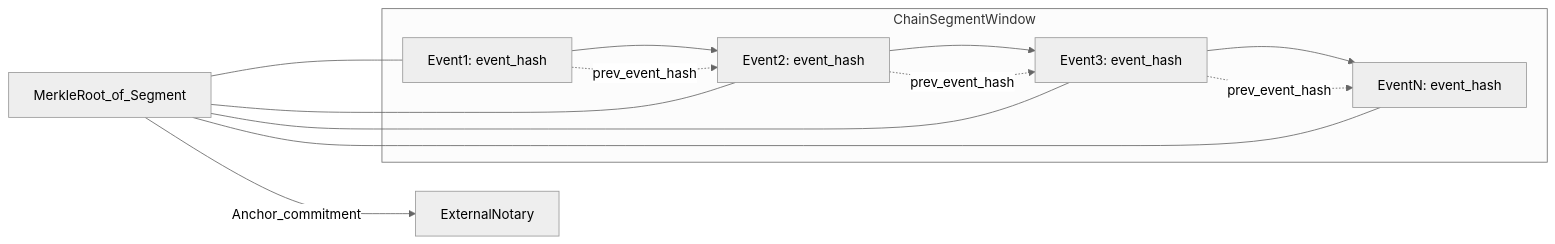
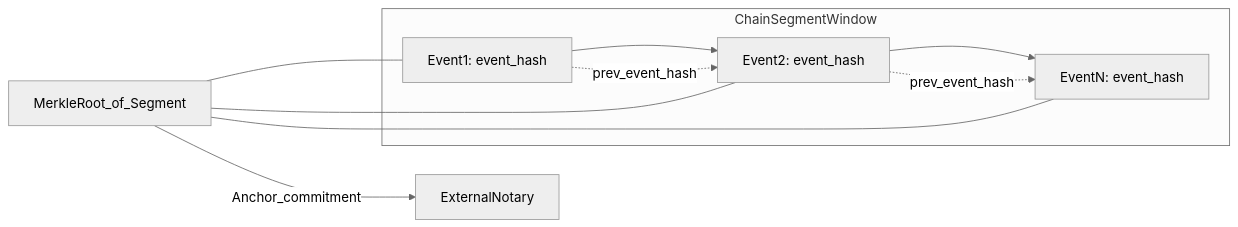
The third of 3 diagrams in README.md (anandp504/beckn-transaction-ledger), drawn with Mermaid (neutral theme) before and after one commit.

Commit message:
Keep the merkle tree root diagram concise

````diff
--- a/README.md
+++ b/README.md
@@ -112,24 +112,19 @@
 ```mermaid
 flowchart LR
-Event1["Event1: event_hash"] --> Event2["Event2: event_hash"]
-Event2 --> Event3["Event3: event_hash"]
-Event3 --> EventN["EventN: event_hash"]
+Event1["Event1: event_hash"] --> Event2["Event2: event_hash"] --> EventN["EventN: event_hash"]
 
 subgraph chainSegment [ChainSegmentWindow]
 Event1
 Event2
-Event3
 EventN
 end
 
 Event1 -.->|"prev_event_hash"| Event2
-Event2 -.->|"prev_event_hash"| Event3
-Event3 -.->|"prev_event_hash"| EventN
+Event2 -.->|"prev_event_hash"| EventN
 
 ChainRoot["MerkleRoot_of_Segment"] --- Event1
 ChainRoot --- Event2
-ChainRoot --- Event3
 ChainRoot --- EventN
 
 ChainRoot -->|"Anchor_commitment"| ExternalNotary["ExternalNotary"]
 ```
````
